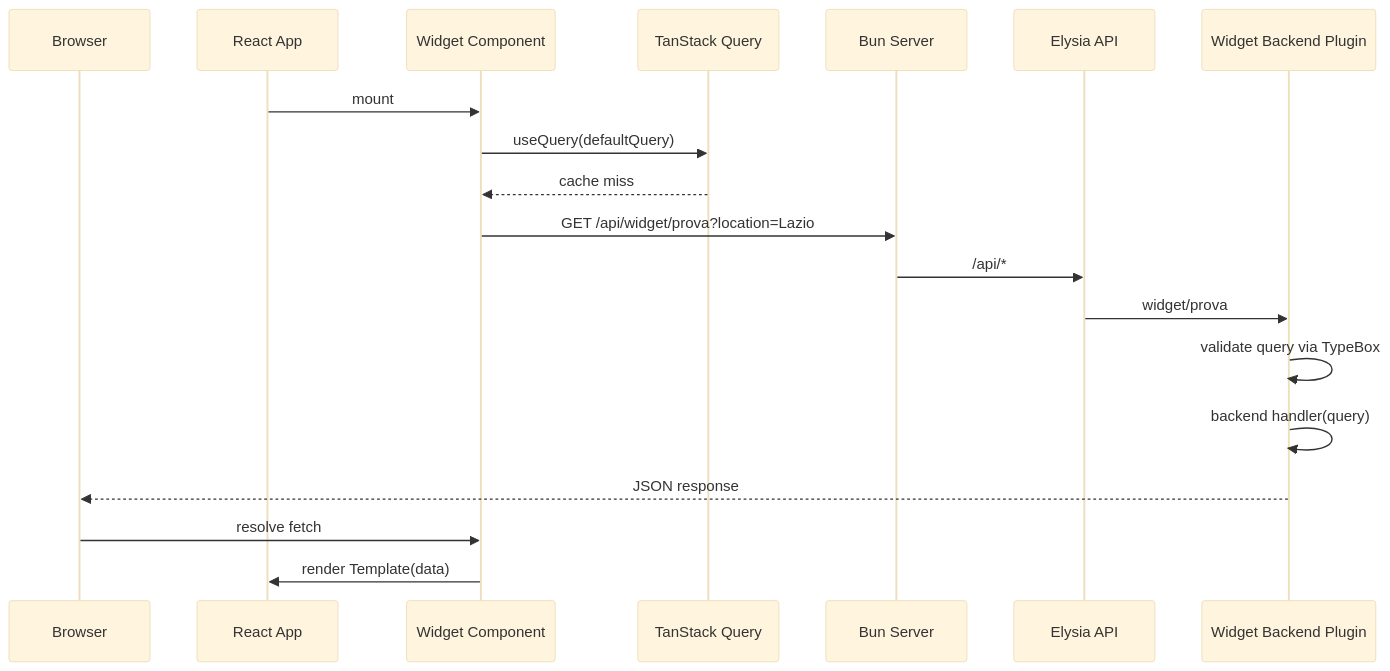
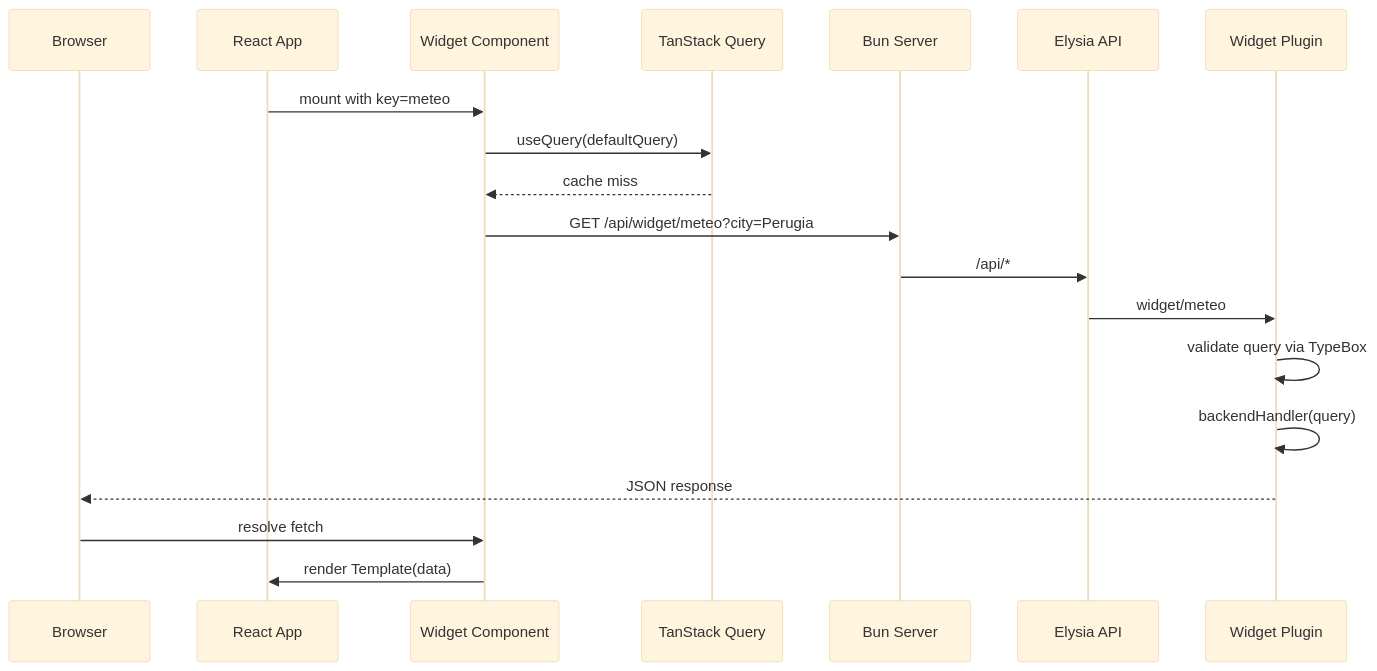
The second of 3 diagrams in openwiki/architecture/widget-framework.md (RobertoFretel/Widget), drawn with Mermaid (base theme) before and after one commit. The commit also changed other lines of this file and 22 other files, not shown here.

````diff
--- a/openwiki/architecture/widget-framework.md
+++ b/openwiki/architecture/widget-framework.md
@@ -169,22 +247,22 @@
 ```mermaid
 sequenceDiagram
-    participant Browser
-    participant ReactApp as React App
-    participant WidgetComp as Widget Component
-    participant QueryClient as TanStack Query
-    participant Bun as Bun Server
-    participant ElysiaAPI as Elysia API
-    participant WidgetBE as Widget Backend Plugin
+    participant B as Browser
+    participant RA as React App
+    participant WC as Widget Component
+    participant QC as TanStack Query
+    participant BS as Bun Server
+    participant EA as Elysia API
+    participant WP as Widget Plugin
 
-    ReactApp->>WidgetComp: mount
-    WidgetComp->>QueryClient: useQuery(defaultQuery)
-    QueryClient-->>WidgetComp: cache miss
-    WidgetComp->>Bun: GET /api/widget/prova?location=Lazio
-    Bun->>ElysiaAPI: /api/*
-    ElysiaAPI->>WidgetBE: widget/prova
-    WidgetBE->>WidgetBE: validate query via TypeBox
-    WidgetBE->>WidgetBE: backend handler(query)
-    WidgetBE-->>Browser: JSON response
-    Browser->>WidgetComp: resolve fetch
-    WidgetComp->>ReactApp: render Template(data)
+    RA->>WC: mount with key=meteo
+    WC->>QC: useQuery(defaultQuery)
+    QC-->>WC: cache miss
+    WC->>BS: GET /api/widget/meteo?city=Perugia
+    BS->>EA: /api/*
+    EA->>WP: widget/meteo
+    WP->>WP: validate query via TypeBox
+    WP->>WP: backendHandler(query)
+    WP-->>B: JSON response
+    B->>WC: resolve fetch
+    WC->>RA: render Template(data)
 ```
````
